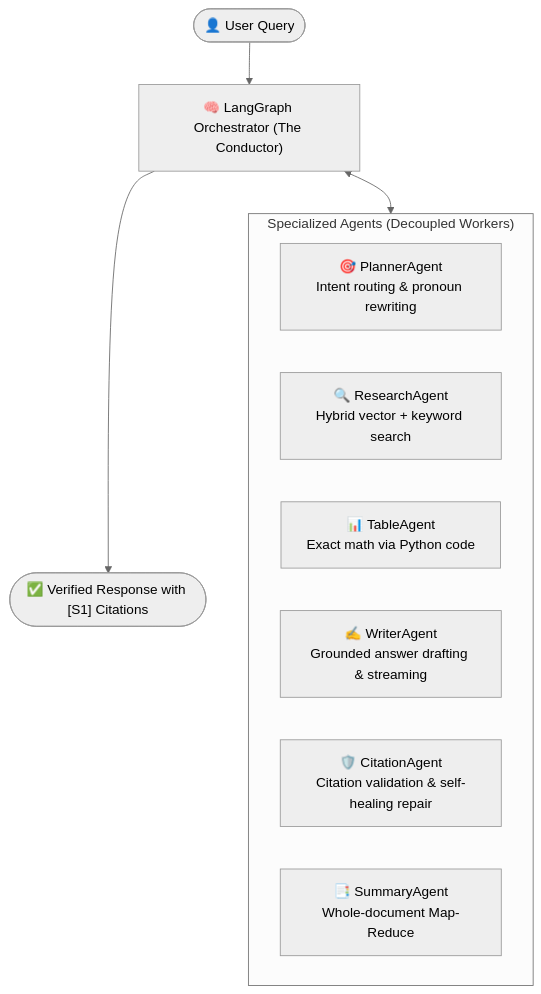
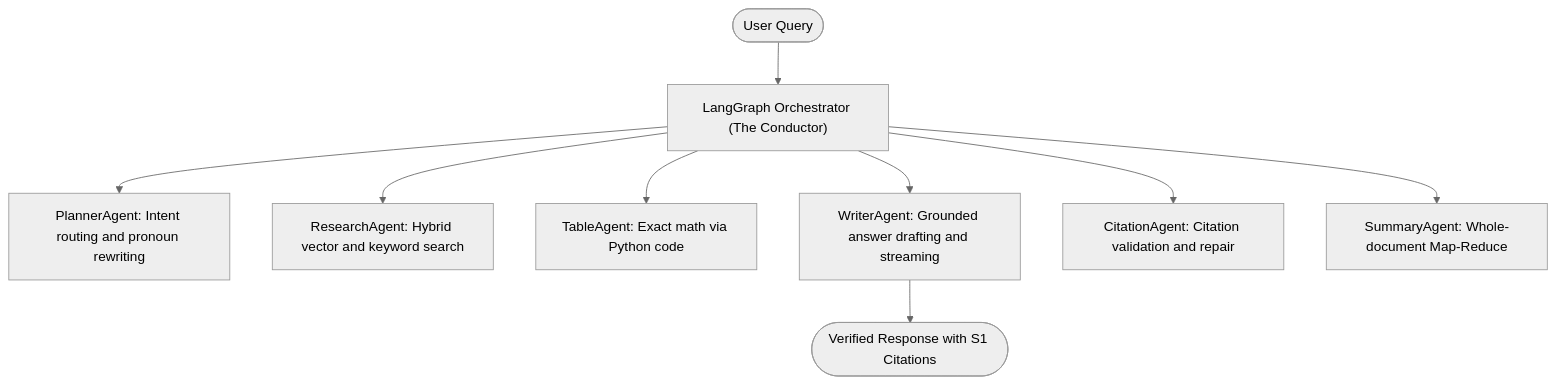
One commit to kartikkukde03/NexusRAG-Supervised-Multi-Agent-RAG-Platform- changed the first of 5 diagrams in architecture_plan.md. Above: the diagram before and after it, drawn with Mermaid (neutral theme). The commit also changed other lines of this file, not shown here.

Commit message:
fix(docs): resolve Mermaid syntax parse errors in architecture_plan.md

````diff
--- a/architecture_plan.md
+++ b/architecture_plan.md
@@ -11,16 +11,13 @@
 ```mermaid
 flowchart TD
-    User(["👤 User Query"]) --> Orchestrator["🧠 LangGraph Orchestrator (The Conductor)"]
+    User(["User Query"]) --> Orchestrator["LangGraph Orchestrator (The Conductor)"]
 
-    subgraph Agents ["Specialized Agents (Decoupled Workers)"]
-        Planner["🎯 PlannerAgent\nIntent routing & pronoun rewriting"]
-        Research["🔍 ResearchAgent\nHybrid vector + keyword search"]
-        Table["📊 TableAgent\nExact math via Python code"]
-        Writer["✍️ WriterAgent\nGrounded answer drafting & streaming"]
-        Citation["🛡️ CitationAgent\nCitation validation & self-healing repair"]
-        Summary["📑 SummaryAgent\nWhole-document Map-Reduce"]
-    end
+    Orchestrator --> Planner["PlannerAgent: Intent routing and pronoun rewriting"]
+    Orchestrator --> Research["ResearchAgent: Hybrid vector and keyword search"]
+    Orchestrator --> Table["TableAgent: Exact math via Python code"]
+    Orchestrator --> Writer["WriterAgent: Grounded answer drafting and streaming"]
+    Orchestrator --> Citation["CitationAgent: Citation validation and repair"]
+    Orchestrator --> Summary["SummaryAgent: Whole-document Map-Reduce"]
 
-    Orchestrator <--> Agents
-    Orchestrator --> Output(["✅ Verified Response with [S1] Citations"])
+    Writer --> Output(["Verified Response with S1 Citations"])
 ```
````
